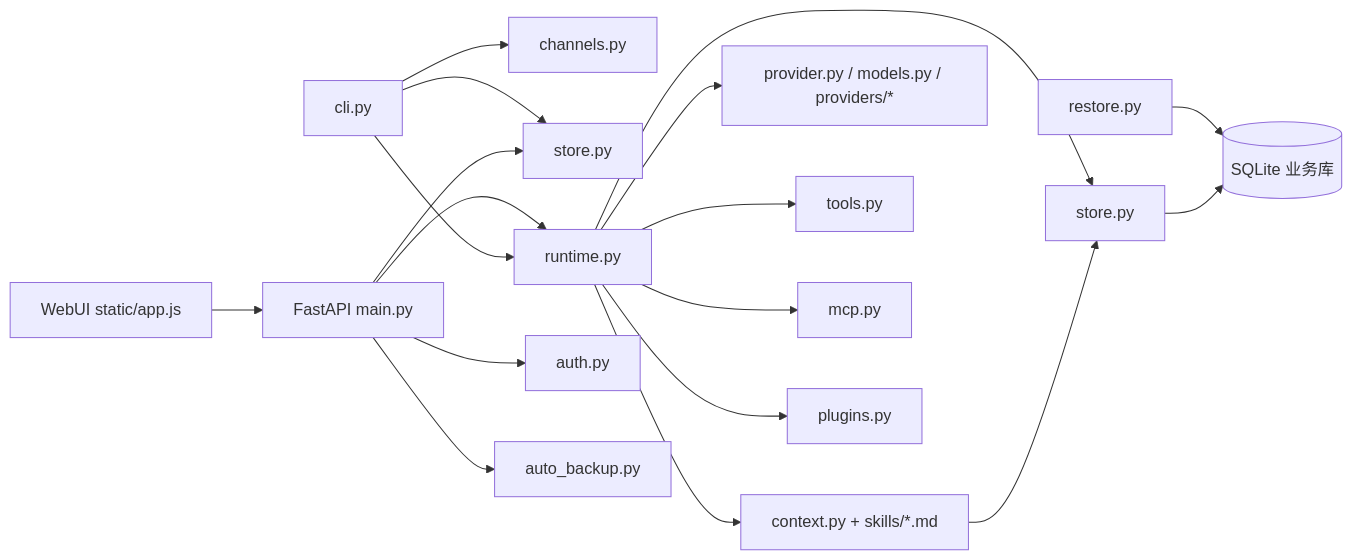
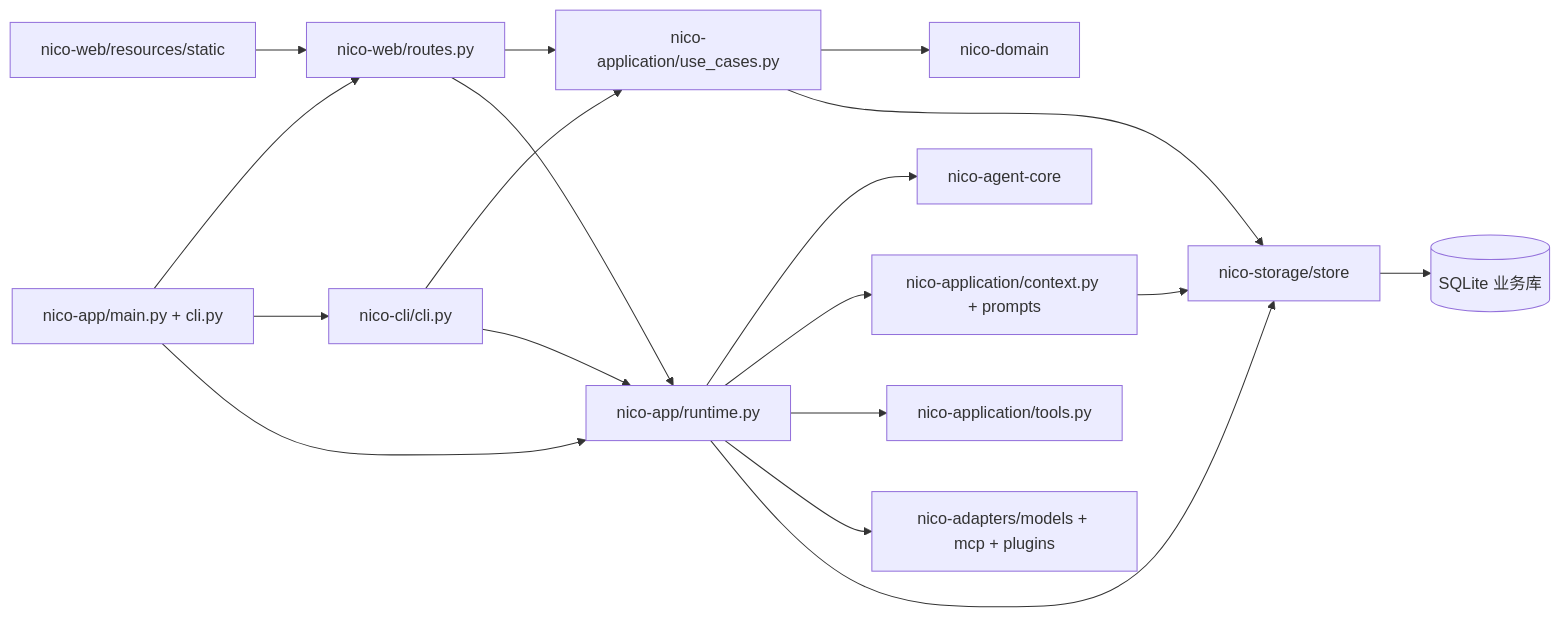
Before and after one commit to Nico-Sq/Nico-agent: the diagram in EXECUTION_PLAN.md, drawn with Mermaid. The commit also changed other lines of this file and 6 other files, not shown here.

````diff
--- a/EXECUTION_PLAN.md
+++ b/EXECUTION_PLAN.md
@@ -54,20 +54,20 @@
 ```mermaid
 flowchart LR
-  Web[WebUI static/app.js] --> Main[FastAPI main.py]
-  CLI[cli.py] --> Chan[channels.py]
-  CLI --> MainStore[store.py]
-  Main --> Runtime[runtime.py]
+  WebUI[nico-web/resources/static] --> Web[nico-web/routes.py]
+  CLI[nico-cli/cli.py] --> Cases[nico-application/use_cases.py]
+  Web --> Cases
+  Cases --> Domain[nico-domain]
+  Cases --> Store[nico-storage/store]
+  Web --> Runtime[nico-app/runtime.py]
   CLI --> Runtime
-  Main --> MainStore
-  Runtime --> Ctx[context.py + skills/*.md]
-  Runtime --> Store[store.py]
-  Ctx --> Store
-  Runtime --> Provider[provider.py / models.py / providers/*]
-  Runtime --> Tools[tools.py]
-  Runtime --> MCP[mcp.py]
-  Runtime --> Plugins[plugins.py]
-  Main --> Auth[auth.py]
-  Main --> Backup[auto_backup.py]
-  Restore[restore.py] --> DB[(SQLite 业务库)]
-  Store --> DB
+  Runtime --> Core[nico-agent-core]
+  Runtime --> Context[nico-application/context.py + prompts]
+  Runtime --> Tools[nico-application/tools.py]
+  Runtime --> Adapters[nico-adapters/models + mcp + plugins]
+  Runtime --> Store
+  Context --> Store
+  Store --> DB[(SQLite 业务库)]
+  App[nico-app/main.py + cli.py] --> Web
+  App --> CLI
+  App --> Runtime
 ```
````
